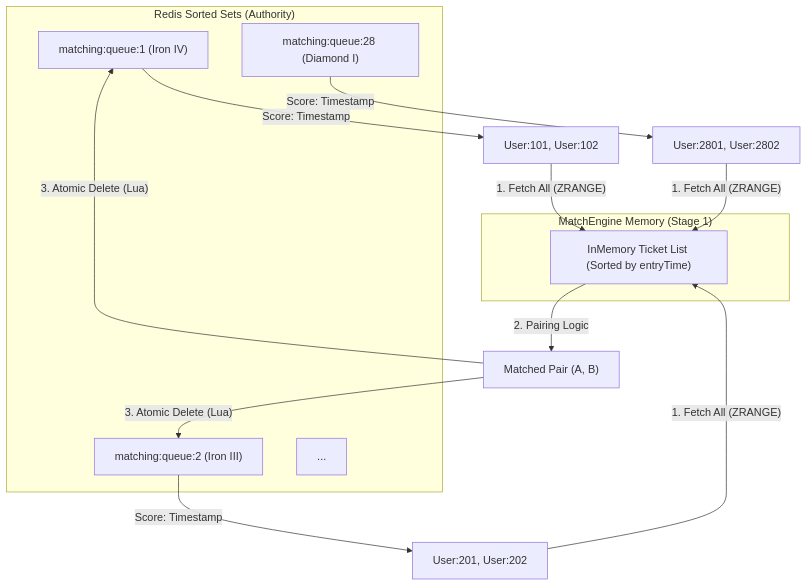
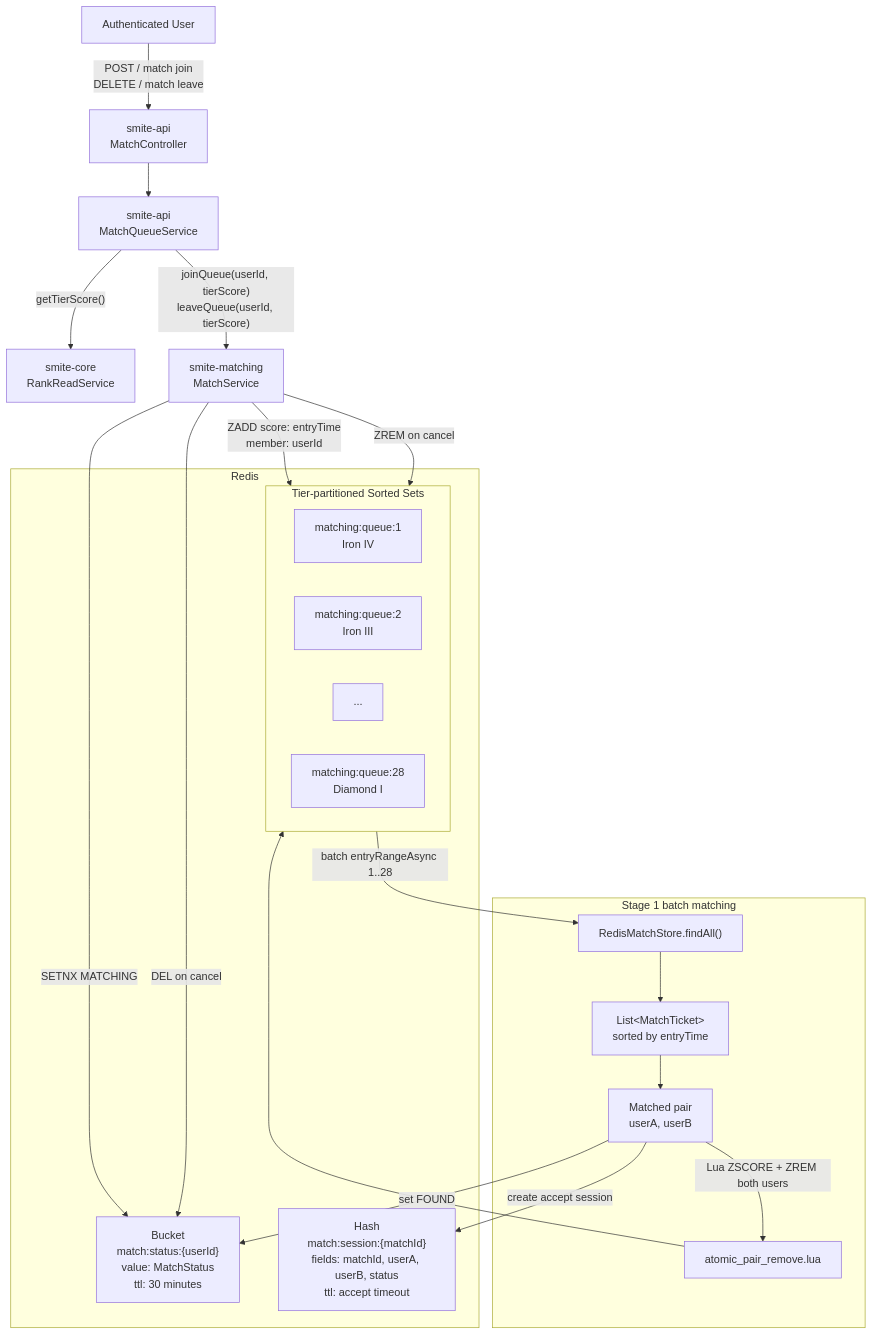
The first of 2 diagrams in docs/project/matching-v1.md (moonwhistle/League-of-Star), drawn with Mermaid before and after one commit. The commit also changed 4 other files, not shown here.

````diff
--- a/docs/project/matching-v1.md
+++ b/docs/project/matching-v1.md
@@ -11,21 +11,45 @@
 ```mermaid
-graph TD
-    subgraph "Redis Sorted Sets (Authority)"
-        Q1["matching:queue:1 (Iron IV)"]
-        Q2["matching:queue:2 (Iron III)"]
-        QN["..."]
-        Q28["matching:queue:28 (Diamond I)"]
+flowchart TD
+    User["Authenticated User"]
+    Controller["smite-api<br/>MatchController"]
+    QueueService["smite-api<br/>MatchQueueService"]
+    RankReadService["smite-core<br/>RankReadService"]
+    MatchService["smite-matching<br/>MatchService"]
+
+    User -->|"POST / match join<br/>DELETE / match leave"| Controller
+    Controller --> QueueService
+    QueueService -->|"getTierScore()"| RankReadService
+    QueueService -->|"joinQueue(userId, tierScore)<br/>leaveQueue(userId, tierScore)"| MatchService
+
+    subgraph Redis["Redis"]
+        Status["Bucket<br/>match:status:{userId}<br/>value: MatchStatus<br/>ttl: 30 minutes"]
+        Session["Hash<br/>match:session:{matchId}<br/>fields: matchId, userA, userB, status<br/>ttl: accept timeout"]
+
+        subgraph Queues["Tier-partitioned Sorted Sets"]
+            Q1["matching:queue:1<br/>Iron IV"]
+            Q2["matching:queue:2<br/>Iron III"]
+            QN["..."]
+            Q28["matching:queue:28<br/>Diamond I"]
+        end
     end
 
-    Q1 --> |Score: Timestamp| U1["User:101, User:102"]
-    Q2 --> |Score: Timestamp| U2["User:201, User:202"]
-    Q28 --> |Score: Timestamp| U28["User:2801, User:2802"]
+    MatchService -->|"SETNX MATCHING"| Status
+    MatchService -->|"ZADD score: entryTime<br/>member: userId"| Queues
+    MatchService -->|"ZREM on cancel"| Queues
+    MatchService -->|"DEL on cancel"| Status
 
-    subgraph "MatchEngine Memory (Stage 1)"
-        List["InMemory Ticket List (Sorted by entryTime)"]
+    subgraph Stage1["Stage 1 batch matching"]
+        FindAll["RedisMatchStore.findAll()"]
+        TicketList["List&lt;MatchTicket&gt;<br/>sorted by entryTime"]
+        Pair["Matched pair<br/>userA, userB"]
+        Lua["atomic_pair_remove.lua"]
     end
 
-    U1 & U2 & U28 --> |"1. Fetch All (ZRANGE)"| List
-    List --> |"2. Pairing Logic"| Pair["Matched Pair (A, B)"]
-    Pair --> |"3. Atomic Delete (Lua)"| Q1 & Q2
+    Queues -->|"batch entryRangeAsync 1..28"| FindAll
+    FindAll --> TicketList
+    TicketList --> Pair
+    Pair -->|"Lua ZSCORE + ZREM both users"| Lua
+    Lua --> Queues
+    Pair -->|"create accept session"| Session
+    Pair -->|"set FOUND"| Status
 ```
````
